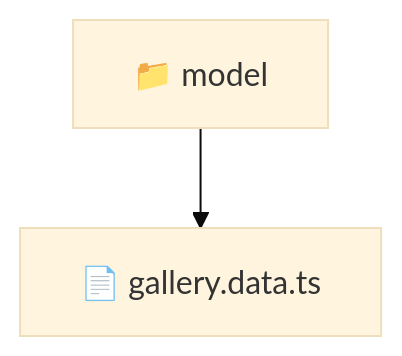
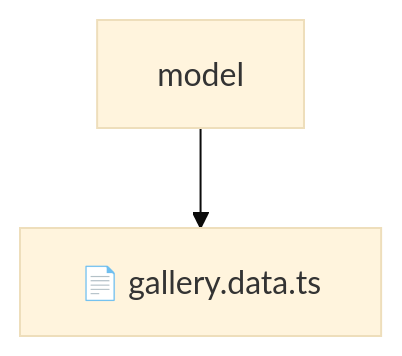
The diagram in frontend/src/features/gallery/model/README.md (beginwebdev2002/fullstack-mavluda), drawn with Mermaid (base theme) before and after one commit. The commit also changed other lines of this file and 155 other files, not shown here.

````diff
--- a/frontend/src/features/gallery/model/README.md
+++ b/frontend/src/features/gallery/model/README.md
@@ -10,5 +14,5 @@
 ```mermaid
 graph TD
-  Root["📁 model"]
-  Root --> gallerydatats["📄 gallery.data.ts"]
+    Root[model]
+    Root --> F0[📄 gallery.data.ts]
 ```
````
